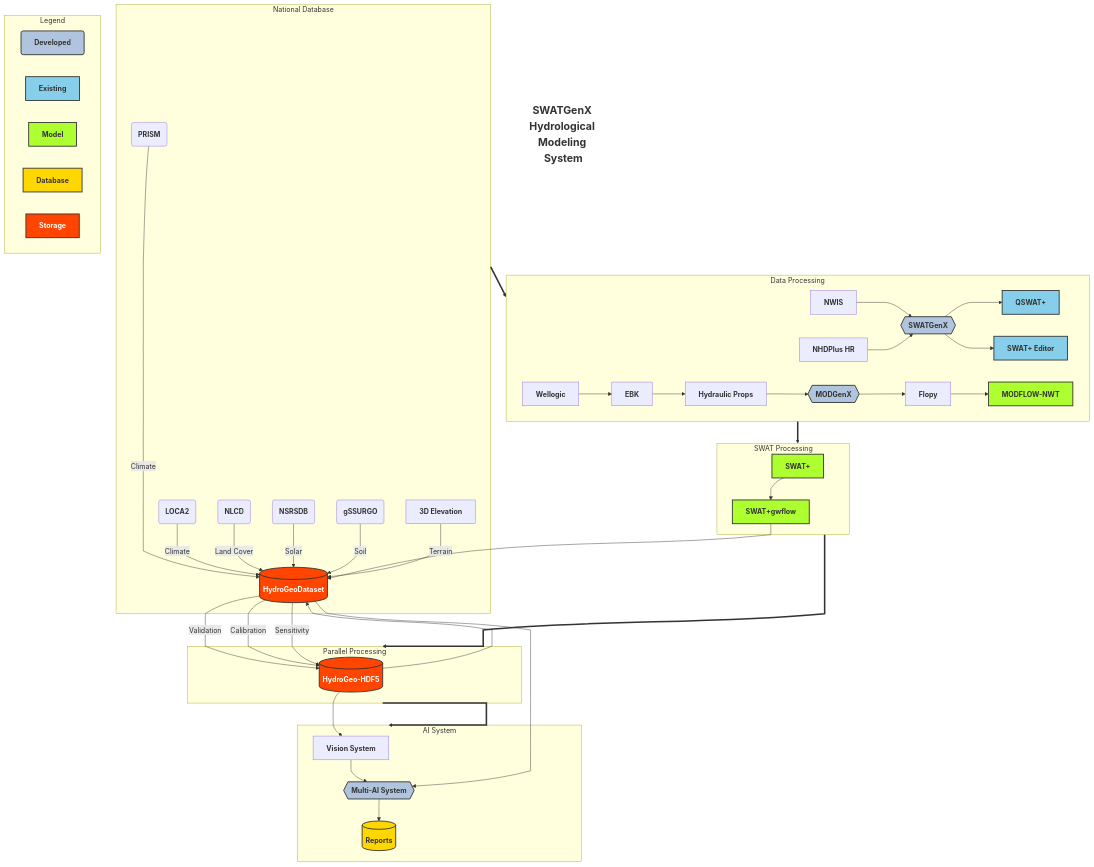
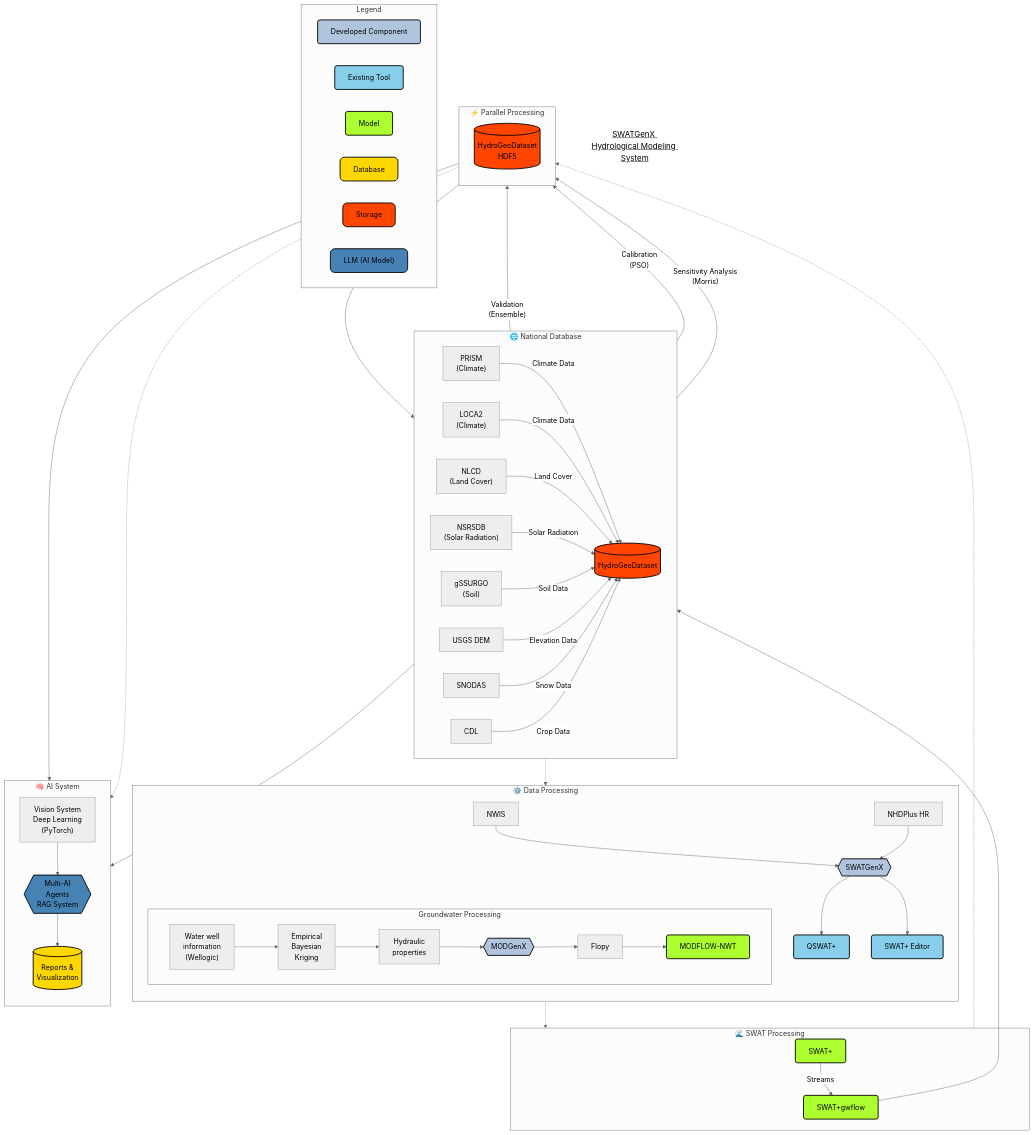
One commit to VahidMSU/HydroDeepNet changed the diagram in README.md. Above: the diagram before and after it, drawn with Mermaid. The commit also changed other lines of this file, not shown here.

Commit message:
Fix Mermaid rendering issue

````diff
--- a/README.md
+++ b/README.md
@@ -11,87 +1,96 @@
 ```mermaid
-%%{init: {
-  'theme': 'default',
-  'flowchart': {'curve': 'monotoneX'},
-  'themeVariables': {
-    'fontSize': '16px',
-    'fontFamily': 'arial',
-    'lineWidth': '2px'
-  }
-}}%%
+%%{init: {'theme': 'neutral', 'flowchart': {'curve': 'basis'}}}%%
 graph TB
-    %% Main Title
-    title[<b style='font-size:24px'>SWATGenX Hydrological Modeling System</b>]
+    %% Title and overall styling
+    title[<u>SWATGenX Hydrological Modeling System</u>]
     title:::title
-    
-    subgraph NatDB["National Database"]
-        PRISM("PRISM") -->|Climate| HGD[(HydroGeoDataset)]
-        LOCA2("LOCA2") -->|Climate| HGD
-        NLCD("NLCD") -->|Land Cover| HGD
-        NSRSDB("NSRSDB") -->|Solar| HGD
-        gSSURGO("gSSURGO") -->|Soil| HGD
-        Elev["3D Elevation"] -->|Terrain| HGD
+
+    subgraph National_Database["🌐 National Database"]
+        direction LR
+        PRISM["PRISM<br>(Climate)"] -->|Climate Data| HydroGeoDataset[(HydroGeoDataset)]
+        LOCA2["LOCA2<br>(Climate)"] -->|Climate Data| HydroGeoDataset
+        NLCD["NLCD<br>(Land Cover)"] -->|Land Cover| HydroGeoDataset
+        NSRSDB["NSRSDB<br>(Solar Radiation)"] -->|Solar Radiation| HydroGeoDataset
+        gSSURGO["gSSURGO<br>(Soil)"] -->|Soil Data| HydroGeoDataset
+        USGSDEM["USGS DEM"] -->|Elevation Data| HydroGeoDataset
+        SNODAS["SNODAS"] -->|Snow Data| HydroGeoDataset
+        CDL["CDL"] -->|Crop Data| HydroGeoDataset
     end
 
-    subgraph DataProc["Data Processing"]
-        NWIS --> SWGX{{SWATGenX}}
-        NHD["NHDPlus HR"] --> SWGX
-        SWGX --> QSWAT["QSWAT+"]:::existing
-        SWGX --> SWATPlusEd["SWAT+ Editor"]:::existing
-        
-        WellInfo["Wellogic"] --> EBK["EBK"]
-        EBK --> HProps["Hydraulic Props"]
-        HProps --> MODGX{{MODGenX}}
-        MODGX --> Flopy
-        Flopy --> MODNWT["MODFLOW-NWT"]:::models
+    subgraph Data_Processing["⚙️ Data Processing"]
+        direction TB
+        NWIS["NWIS"] --> SWATGenX{{SWATGenX}}
+        NHDPlusHR["NHDPlus HR"] --> SWATGenX
+        SWATGenX --> QSWATPlus["QSWAT+"]
+        SWATGenX --> SWATPlusEditor["SWAT+ Editor"]
+
+        subgraph Groundwater_Processing["Groundwater Processing"]
+            direction LR
+            WellInfo["Water well<br>information<br>(Wellogic)"] --> EBK["Empirical<br>Bayesian<br>Kriging"]
+            EBK --> HydraulicProps["Hydraulic<br>properties"]
+            HydraulicProps --> MODGenX{{MODGenX}}
+            MODGenX --> Flopy["Flopy"]
+            Flopy --> MODFLOWNWT["MODFLOW-NWT"]
+        end
     end
 
-    subgraph SWATProc["SWAT Processing"]
-        SWATPlus["SWAT+"]:::models --> SWATGwflow["SWAT+gwflow"]:::models
-        SWATGwflow --> HGD
+    subgraph SWAT_Processing["🌊 SWAT Processing"]
+        SWATPlus["SWAT+"] -->|Streams| SWATPlusGwflow["SWAT+gwflow"]
+        SWATPlusGwflow --> HydroGeoDataset
     end
 
-    subgraph ParProc["Parallel Processing"]
-        HGD -- "Validation" --> HGDHDF[("HydroGeo-HDF5")]:::storage
-        HGD -- "Calibration" --> HGDHDF
-        HGD -- "Sensitivity" --> HGDHDF
+    subgraph Parallel_Processing["⚡ Parallel Processing"]
+        direction TB
+        HydroGeoDataset -- "Validation<br>(Ensemble)" --> HydroGeoDataset_HDF5[("HydroGeoDataset<br>HDF5")]
+        HydroGeoDataset -- "Calibration<br>(PSO)" --> HydroGeoDataset_HDF5
+        HydroGeoDataset -- "Sensitivity Analysis<br>(Morris)" --> HydroGeoDataset_HDF5
     end
 
-    subgraph AISystem["AI System"]
-        HGDHDF --> Vision["Vision System"]
-        HGDHDF --> HGD
-        Vision --> MultiAI{{Multi-AI System}}:::developed
-        HGD --> MultiAI
-        MultiAI --> Reports[("Reports")]:::database
+    subgraph AI_System["🧠 AI System"]
+        direction TB
+        HydroGeoDataset_HDF5 --> VisionSystem["Vision System<br>Deep Learning<br>(PyTorch)"]
+        HydroGeoDataset_HDF5 --> HydroGeoDataset
+        VisionSystem --> MultiAI{{Multi-AI<br>Agents<br>RAG System}}
+        HydroGeoDataset --> MultiAI
+        MultiAI --> Reports[("Reports &<br>Visualization")]
     end
 
-    %% Main flow connections with distinct styles
-    NatDB ==> DataProc
-    DataProc ==> SWATProc
-    SWATProc ==> ParProc
-    ParProc ==> AISystem
+    %% Connections between subgraphs
+    National_Database -.-> Data_Processing
+    Data_Processing -.-> SWAT_Processing
+    SWAT_Processing -.-> Parallel_Processing
+    Parallel_Processing -.-> AI_System
 
-    %% Legend in compact format
+    %% Legend
     subgraph Legend["Legend"]
         direction LR
-        dev["Developed"]:::developed
-        ex["Existing"]:::existing
+        dev["Developed Component"]:::developed
+        ex["Existing Tool"]:::existing
         mod["Model"]:::models
         db["Database"]:::database
         sto["Storage"]:::storage
+        llm["LLM (AI Model)"]:::llm
     end
 
-    %% Improved styling
-    classDef default font-size:16px,font-weight:bold
-    classDef developed fill:#B0C4DE,stroke:#333,stroke-width:2px,rx:5,ry:5
-    classDef existing fill:#87CEEB,stroke:#333,stroke-width:2px
-    classDef models fill:#ADFF2F,stroke:#333,stroke-width:2px
-    classDef database fill:#FFD700,stroke:#333,stroke-width:2px
-    classDef storage fill:#FF4500,stroke:#333,stroke-width:2px,color:white
-    classDef title fill:none,stroke:none
-    
-    %% Node class assignments
-    SWGX:::developed
-    MODGX:::developed
-    HGDHDF:::storage
-    HGD:::storage
+    %% Class Definitions with enhanced styling
+    classDef developed fill:#B0C4DE,stroke:#000,stroke-width:2px,rx:5,ry:5
+    classDef existing fill:#87CEEB,stroke:#000,stroke-width:2px,rx:5,ry:5
+    classDef models fill:#ADFF2F,stroke:#000,stroke-width:2px,rx:5,ry:5
+    classDef database fill:#FFD700,stroke:#000,stroke-width:2px,rx:10,ry:10
+    classDef storage fill:#FF4500,stroke:#000,stroke-width:2px,rx:10,ry:10
+    classDef llm fill:#4682B4,stroke:#000,stroke-width:2px,rx:10,ry:10
+    classDef title font-size:18px,fill:none,stroke:none
+
+    %% Apply classes to nodes
+    HydroGeoDataset_HDF5:::storage
+    HydroGeoDataset:::storage
+    SWATPlusGwflow:::models
+    SWATPlus:::models
+    MODFLOWNWT:::models
+    QSWATPlus:::existing
+    SWATPlusEditor:::existing
+    SWATGenX:::developed
+    MODGenX:::developed
+    MultiAI:::llm
+    Reports:::database
 ```
````
